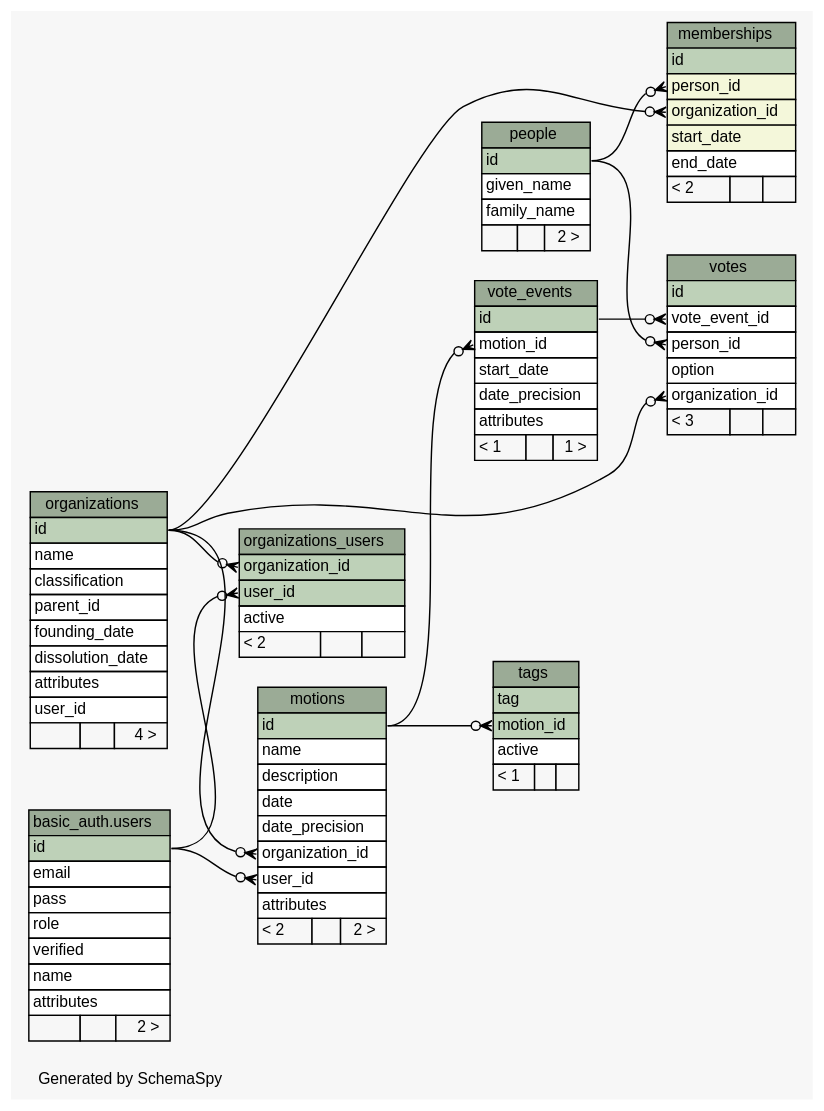
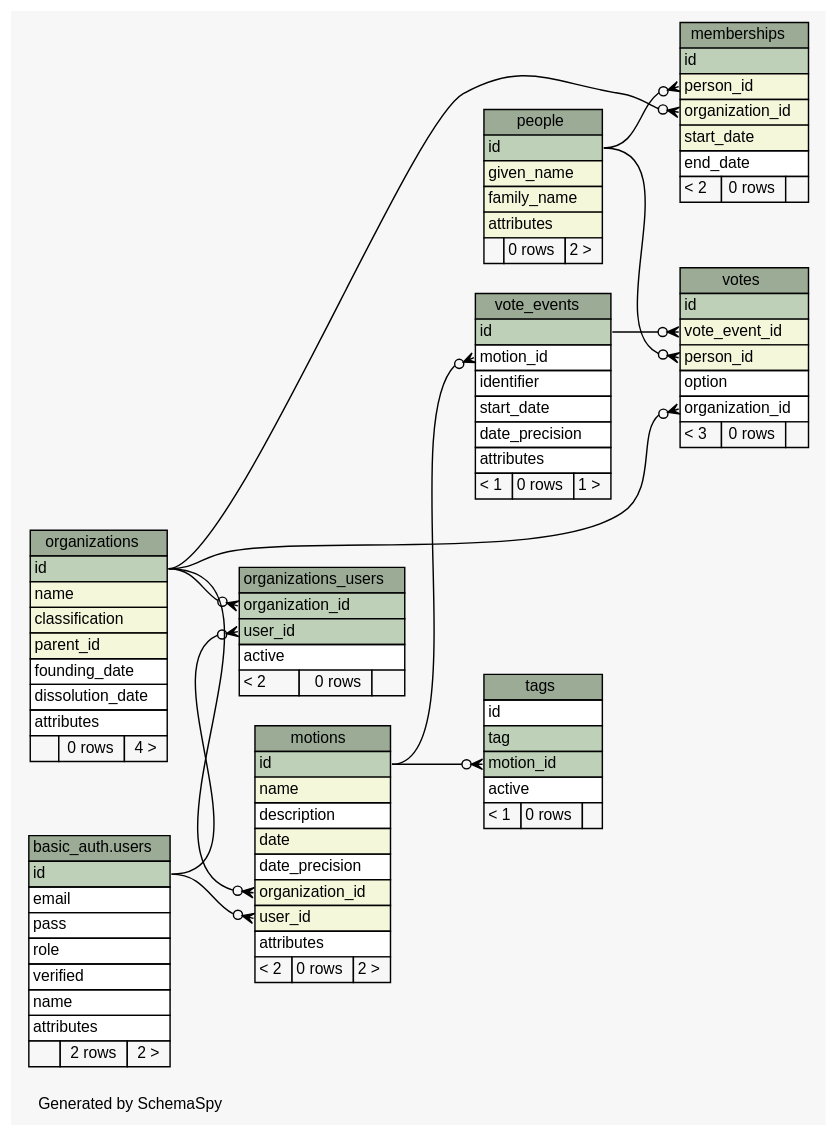
The diagram in api/schema/diagrams/summary/relationships.real.large.dot (michalskop/hlasovali.cz), drawn with Graphviz before and after one commit. The commit also changed 249 other files, not shown here.

```diff
--- a/api/schema/diagrams/summary/relationships.real.large.dot
+++ b/api/schema/diagrams/summary/relationships.real.large.dot
@@ -1,160 +1,162 @@
-// dot 2.36.0 on Linux 3.13.0-85-generic
+// dot 2.36.0 on Linux 3.13.0-91-generic
 // SchemaSpy rev 590
 digraph "largeRelationshipsDiagram" {
   graph [
     rankdir="RL"
     bgcolor="#f7f7f7"
     label="\nGenerated by SchemaSpy"
     labeljust="l"
     nodesep="0.18"
     ranksep="0.46"
     fontname="Helvetica"
     fontsize="11"
   ];
   node [
     fontname="Helvetica"
     fontsize="11"
     shape="plaintext"
   ];
   edge [
     arrowsize="0.8"
   ];
   "memberships" [
     label=<
     <TABLE BORDER="0" CELLBORDER="1" CELLSPACING="0" BGCOLOR="#ffffff">
       <TR><TD COLSPAN="3" BGCOLOR="#9bab96" ALIGN="CENTER">memberships</TD></TR>
       <TR><TD PORT="id" COLSPAN="3" BGCOLOR="#bed1b8" ALIGN="LEFT">id</TD></TR>
       <TR><TD PORT="person_id" COLSPAN="3" BGCOLOR="#f4f7da" ALIGN="LEFT">person_id</TD></TR>
       <TR><TD PORT="organization_id" COLSPAN="3" BGCOLOR="#f4f7da" ALIGN="LEFT">organization_id</TD></TR>
       <TR><TD PORT="start_date" COLSPAN="3" BGCOLOR="#f4f7da" ALIGN="LEFT">start_date</TD></TR>
       <TR><TD PORT="end_date" COLSPAN="3" ALIGN="LEFT">end_date</TD></TR>
-      <TR><TD ALIGN="LEFT" BGCOLOR="#f7f7f7">&lt; 2</TD><TD ALIGN="RIGHT" BGCOLOR="#f7f7f7">  </TD><TD ALIGN="RIGHT" BGCOLOR="#f7f7f7">  </TD></TR>
+      <TR><TD ALIGN="LEFT" BGCOLOR="#f7f7f7">&lt; 2</TD><TD ALIGN="RIGHT" BGCOLOR="#f7f7f7">0 rows</TD><TD ALIGN="RIGHT" BGCOLOR="#f7f7f7">  </TD></TR>
     </TABLE>>
     URL="tables/memberships.html"
     tooltip="memberships"
   ];
   "motions" [
     label=<
     <TABLE BORDER="0" CELLBORDER="1" CELLSPACING="0" BGCOLOR="#ffffff">
       <TR><TD COLSPAN="3" BGCOLOR="#9bab96" ALIGN="CENTER">motions</TD></TR>
       <TR><TD PORT="id" COLSPAN="3" BGCOLOR="#bed1b8" ALIGN="LEFT">id</TD></TR>
-      <TR><TD PORT="name" COLSPAN="3" ALIGN="LEFT">name</TD></TR>
+      <TR><TD PORT="name" COLSPAN="3" BGCOLOR="#f4f7da" ALIGN="LEFT">name</TD></TR>
       <TR><TD PORT="description" COLSPAN="3" ALIGN="LEFT">description</TD></TR>
-      <TR><TD PORT="date" COLSPAN="3" ALIGN="LEFT">date</TD></TR>
+      <TR><TD PORT="date" COLSPAN="3" BGCOLOR="#f4f7da" ALIGN="LEFT">date</TD></TR>
       <TR><TD PORT="date_precision" COLSPAN="3" ALIGN="LEFT">date_precision</TD></TR>
-      <TR><TD PORT="organization_id" COLSPAN="3" ALIGN="LEFT">organization_id</TD></TR>
-      <TR><TD PORT="user_id" COLSPAN="3" ALIGN="LEFT">user_id</TD></TR>
+      <TR><TD PORT="organization_id" COLSPAN="3" BGCOLOR="#f4f7da" ALIGN="LEFT">organization_id</TD></TR>
+      <TR><TD PORT="user_id" COLSPAN="3" BGCOLOR="#f4f7da" ALIGN="LEFT">user_id</TD></TR>
       <TR><TD PORT="attributes" COLSPAN="3" ALIGN="LEFT">attributes</TD></TR>
-      <TR><TD ALIGN="LEFT" BGCOLOR="#f7f7f7">&lt; 2</TD><TD ALIGN="RIGHT" BGCOLOR="#f7f7f7">  </TD><TD ALIGN="RIGHT" BGCOLOR="#f7f7f7">2 &gt;</TD></TR>
+      <TR><TD ALIGN="LEFT" BGCOLOR="#f7f7f7">&lt; 2</TD><TD ALIGN="RIGHT" BGCOLOR="#f7f7f7">0 rows</TD><TD ALIGN="RIGHT" BGCOLOR="#f7f7f7">2 &gt;</TD></TR>
     </TABLE>>
     URL="tables/motions.html"
     tooltip="motions"
   ];
   "organizations" [
     label=<
     <TABLE BORDER="0" CELLBORDER="1" CELLSPACING="0" BGCOLOR="#ffffff">
       <TR><TD COLSPAN="3" BGCOLOR="#9bab96" ALIGN="CENTER">organizations</TD></TR>
       <TR><TD PORT="id" COLSPAN="3" BGCOLOR="#bed1b8" ALIGN="LEFT">id</TD></TR>
-      <TR><TD PORT="name" COLSPAN="3" ALIGN="LEFT">name</TD></TR>
-      <TR><TD PORT="classification" COLSPAN="3" ALIGN="LEFT">classification</TD></TR>
-      <TR><TD PORT="parent_id" COLSPAN="3" ALIGN="LEFT">parent_id</TD></TR>
+      <TR><TD PORT="name" COLSPAN="3" BGCOLOR="#f4f7da" ALIGN="LEFT">name</TD></TR>
+      <TR><TD PORT="classification" COLSPAN="3" BGCOLOR="#f4f7da" ALIGN="LEFT">classification</TD></TR>
+      <TR><TD PORT="parent_id" COLSPAN="3" BGCOLOR="#f4f7da" ALIGN="LEFT">parent_id</TD></TR>
       <TR><TD PORT="founding_date" COLSPAN="3" ALIGN="LEFT">founding_date</TD></TR>
       <TR><TD PORT="dissolution_date" COLSPAN="3" ALIGN="LEFT">dissolution_date</TD></TR>
       <TR><TD PORT="attributes" COLSPAN="3" ALIGN="LEFT">attributes</TD></TR>
-      <TR><TD PORT="user_id" COLSPAN="3" ALIGN="LEFT">user_id</TD></TR>
-      <TR><TD ALIGN="LEFT" BGCOLOR="#f7f7f7">  </TD><TD ALIGN="RIGHT" BGCOLOR="#f7f7f7">  </TD><TD ALIGN="RIGHT" BGCOLOR="#f7f7f7">4 &gt;</TD></TR>
+      <TR><TD ALIGN="LEFT" BGCOLOR="#f7f7f7">  </TD><TD ALIGN="RIGHT" BGCOLOR="#f7f7f7">0 rows</TD><TD ALIGN="RIGHT" BGCOLOR="#f7f7f7">4 &gt;</TD></TR>
     </TABLE>>
     URL="tables/organizations.html"
     tooltip="organizations"
   ];
   "organizations_users" [
     label=<
     <TABLE BORDER="0" CELLBORDER="1" CELLSPACING="0" BGCOLOR="#ffffff">
       <TR><TD COLSPAN="3" BGCOLOR="#9bab96" ALIGN="CENTER">organizations_users</TD></TR>
       <TR><TD PORT="organization_id" COLSPAN="3" BGCOLOR="#bed1b8" ALIGN="LEFT">organization_id</TD></TR>
       <TR><TD PORT="user_id" COLSPAN="3" BGCOLOR="#bed1b8" ALIGN="LEFT">user_id</TD></TR>
       <TR><TD PORT="active" COLSPAN="3" ALIGN="LEFT">active</TD></TR>
-      <TR><TD ALIGN="LEFT" BGCOLOR="#f7f7f7">&lt; 2</TD><TD ALIGN="RIGHT" BGCOLOR="#f7f7f7">  </TD><TD ALIGN="RIGHT" BGCOLOR="#f7f7f7">  </TD></TR>
+      <TR><TD ALIGN="LEFT" BGCOLOR="#f7f7f7">&lt; 2</TD><TD ALIGN="RIGHT" BGCOLOR="#f7f7f7">0 rows</TD><TD ALIGN="RIGHT" BGCOLOR="#f7f7f7">  </TD></TR>
     </TABLE>>
     URL="tables/organizations_users.html"
     tooltip="organizations_users"
   ];
   "people" [
     label=<
     <TABLE BORDER="0" CELLBORDER="1" CELLSPACING="0" BGCOLOR="#ffffff">
       <TR><TD COLSPAN="3" BGCOLOR="#9bab96" ALIGN="CENTER">people</TD></TR>
       <TR><TD PORT="id" COLSPAN="3" BGCOLOR="#bed1b8" ALIGN="LEFT">id</TD></TR>
-      <TR><TD PORT="given_name" COLSPAN="3" ALIGN="LEFT">given_name</TD></TR>
-      <TR><TD PORT="family_name" COLSPAN="3" ALIGN="LEFT">family_name</TD></TR>
-      <TR><TD ALIGN="LEFT" BGCOLOR="#f7f7f7">  </TD><TD ALIGN="RIGHT" BGCOLOR="#f7f7f7">  </TD><TD ALIGN="RIGHT" BGCOLOR="#f7f7f7">2 &gt;</TD></TR>
+      <TR><TD PORT="given_name" COLSPAN="3" BGCOLOR="#f4f7da" ALIGN="LEFT">given_name</TD></TR>
+      <TR><TD PORT="family_name" COLSPAN="3" BGCOLOR="#f4f7da" ALIGN="LEFT">family_name</TD></TR>
+      <TR><TD PORT="attributes" COLSPAN="3" BGCOLOR="#f4f7da" ALIGN="LEFT">attributes</TD></TR>
+      <TR><TD ALIGN="LEFT" BGCOLOR="#f7f7f7">  </TD><TD ALIGN="RIGHT" BGCOLOR="#f7f7f7">0 rows</TD><TD ALIGN="RIGHT" BGCOLOR="#f7f7f7">2 &gt;</TD></TR>
     </TABLE>>
     URL="tables/people.html"
     tooltip="people"
   ];
   "tags" [
     label=<
     <TABLE BORDER="0" CELLBORDER="1" CELLSPACING="0" BGCOLOR="#ffffff">
       <TR><TD COLSPAN="3" BGCOLOR="#9bab96" ALIGN="CENTER">tags</TD></TR>
+      <TR><TD PORT="id" COLSPAN="3" ALIGN="LEFT">id</TD></TR>
       <TR><TD PORT="tag" COLSPAN="3" BGCOLOR="#bed1b8" ALIGN="LEFT">tag</TD></TR>
       <TR><TD PORT="motion_id" COLSPAN="3" BGCOLOR="#bed1b8" ALIGN="LEFT">motion_id</TD></TR>
       <TR><TD PORT="active" COLSPAN="3" ALIGN="LEFT">active</TD></TR>
-      <TR><TD ALIGN="LEFT" BGCOLOR="#f7f7f7">&lt; 1</TD><TD ALIGN="RIGHT" BGCOLOR="#f7f7f7">  </TD><TD ALIGN="RIGHT" BGCOLOR="#f7f7f7">  </TD></TR>
+      <TR><TD ALIGN="LEFT" BGCOLOR="#f7f7f7">&lt; 1</TD><TD ALIGN="RIGHT" BGCOLOR="#f7f7f7">0 rows</TD><TD ALIGN="RIGHT" BGCOLOR="#f7f7f7">  </TD></TR>
     </TABLE>>
     URL="tables/tags.html"
     tooltip="tags"
   ];
   "basic_auth.users" [
     label=<
     <TABLE BORDER="0" CELLBORDER="1" CELLSPACING="0" BGCOLOR="#ffffff">
       <TR><TD COLSPAN="3" BGCOLOR="#9bab96" ALIGN="CENTER">basic_auth.users</TD></TR>
       <TR><TD PORT="id" COLSPAN="3" BGCOLOR="#bed1b8" ALIGN="LEFT">id</TD></TR>
       <TR><TD PORT="email" COLSPAN="3" ALIGN="LEFT">email</TD></TR>
       <TR><TD PORT="pass" COLSPAN="3" ALIGN="LEFT">pass</TD></TR>
       <TR><TD PORT="role" COLSPAN="3" ALIGN="LEFT">role</TD></TR>
       <TR><TD PORT="verified" COLSPAN="3" ALIGN="LEFT">verified</TD></TR>
       <TR><TD PORT="name" COLSPAN="3" ALIGN="LEFT">name</TD></TR>
       <TR><TD PORT="attributes" COLSPAN="3" ALIGN="LEFT">attributes</TD></TR>
-      <TR><TD ALIGN="LEFT" BGCOLOR="#f7f7f7">  </TD><TD ALIGN="RIGHT" BGCOLOR="#f7f7f7">  </TD><TD ALIGN="RIGHT" BGCOLOR="#f7f7f7">2 &gt;</TD></TR>
+      <TR><TD ALIGN="LEFT" BGCOLOR="#f7f7f7">  </TD><TD ALIGN="RIGHT" BGCOLOR="#f7f7f7">2 rows</TD><TD ALIGN="RIGHT" BGCOLOR="#f7f7f7">2 &gt;</TD></TR>
     </TABLE>>
     tooltip="basic_auth.users"
   ];
   "vote_events" [
     label=<
     <TABLE BORDER="0" CELLBORDER="1" CELLSPACING="0" BGCOLOR="#ffffff">
       <TR><TD COLSPAN="3" BGCOLOR="#9bab96" ALIGN="CENTER">vote_events</TD></TR>
       <TR><TD PORT="id" COLSPAN="3" BGCOLOR="#bed1b8" ALIGN="LEFT">id</TD></TR>
       <TR><TD PORT="motion_id" COLSPAN="3" ALIGN="LEFT">motion_id</TD></TR>
+      <TR><TD PORT="identifier" COLSPAN="3" ALIGN="LEFT">identifier</TD></TR>
       <TR><TD PORT="start_date" COLSPAN="3" ALIGN="LEFT">start_date</TD></TR>
       <TR><TD PORT="date_precision" COLSPAN="3" ALIGN="LEFT">date_precision</TD></TR>
       <TR><TD PORT="attributes" COLSPAN="3" ALIGN="LEFT">attributes</TD></TR>
-      <TR><TD ALIGN="LEFT" BGCOLOR="#f7f7f7">&lt; 1</TD><TD ALIGN="RIGHT" BGCOLOR="#f7f7f7">  </TD><TD ALIGN="RIGHT" BGCOLOR="#f7f7f7">1 &gt;</TD></TR>
+      <TR><TD ALIGN="LEFT" BGCOLOR="#f7f7f7">&lt; 1</TD><TD ALIGN="RIGHT" BGCOLOR="#f7f7f7">0 rows</TD><TD ALIGN="RIGHT" BGCOLOR="#f7f7f7">1 &gt;</TD></TR>
     </TABLE>>
     URL="tables/vote_events.html"
     tooltip="vote_events"
   ];
   "votes" [
     label=<
     <TABLE BORDER="0" CELLBORDER="1" CELLSPACING="0" BGCOLOR="#ffffff">
       <TR><TD COLSPAN="3" BGCOLOR="#9bab96" ALIGN="CENTER">votes</TD></TR>
       <TR><TD PORT="id" COLSPAN="3" BGCOLOR="#bed1b8" ALIGN="LEFT">id</TD></TR>
-      <TR><TD PORT="vote_event_id" COLSPAN="3" ALIGN="LEFT">vote_event_id</TD></TR>
-      <TR><TD PORT="person_id" COLSPAN="3" ALIGN="LEFT">person_id</TD></TR>
+      <TR><TD PORT="vote_event_id" COLSPAN="3" BGCOLOR="#f4f7da" ALIGN="LEFT">vote_event_id</TD></TR>
+      <TR><TD PORT="person_id" COLSPAN="3" BGCOLOR="#f4f7da" ALIGN="LEFT">person_id</TD></TR>
       <TR><TD PORT="option" COLSPAN="3" ALIGN="LEFT">option</TD></TR>
       <TR><TD PORT="organization_id" COLSPAN="3" ALIGN="LEFT">organization_id</TD></TR>
-      <TR><TD ALIGN="LEFT" BGCOLOR="#f7f7f7">&lt; 3</TD><TD ALIGN="RIGHT" BGCOLOR="#f7f7f7">  </TD><TD ALIGN="RIGHT" BGCOLOR="#f7f7f7">  </TD></TR>
+      <TR><TD ALIGN="LEFT" BGCOLOR="#f7f7f7">&lt; 3</TD><TD ALIGN="RIGHT" BGCOLOR="#f7f7f7">0 rows</TD><TD ALIGN="RIGHT" BGCOLOR="#f7f7f7">  </TD></TR>
     </TABLE>>
     URL="tables/votes.html"
     tooltip="votes"
   ];
   "memberships":"organization_id":w -> "organizations":"id":e [arrowhead=none dir=back arrowtail=crowodot];
   "memberships":"person_id":w -> "people":"id":e [arrowhead=none dir=back arrowtail=crowodot];
   "motions":"organization_id":w -> "organizations":"id":e [arrowhead=none dir=back arrowtail=crowodot];
   "motions":"user_id":w -> "basic_auth.users":"id":e [arrowhead=none dir=back arrowtail=crowodot];
   "organizations_users":"organization_id":w -> "organizations":"id":e [arrowhead=none dir=back arrowtail=crowodot];
   "organizations_users":"user_id":w -> "basic_auth.users":"id":e [arrowhead=none dir=back arrowtail=crowodot];
   "tags":"motion_id":w -> "motions":"id":e [arrowhead=none dir=back arrowtail=crowodot];
   "vote_events":"motion_id":w -> "motions":"id":e [arrowhead=none dir=back arrowtail=crowodot];
   "votes":"organization_id":w -> "organizations":"id":e [arrowhead=none dir=back arrowtail=crowodot];
   "votes":"person_id":w -> "people":"id":e [arrowhead=none dir=back arrowtail=crowodot];
   "votes":"vote_event_id":w -> "vote_events":"id":e [arrowhead=none dir=back arrowtail=crowodot];
 }
```
